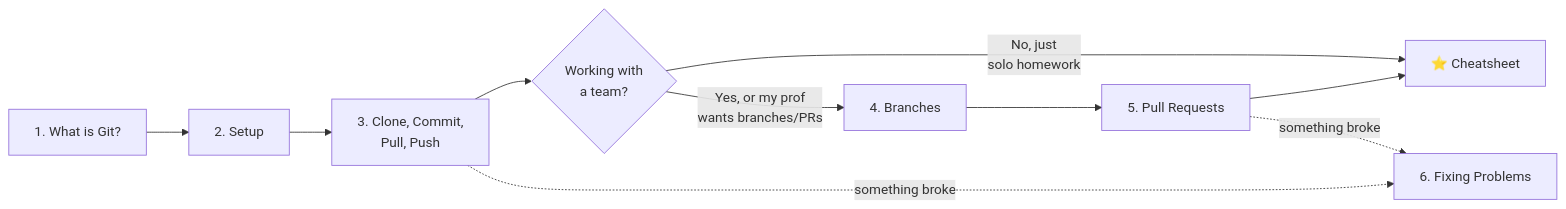
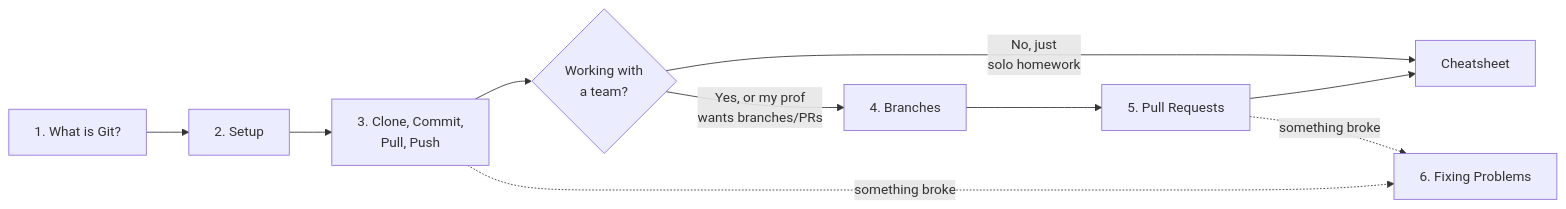
The diagram in info-vault/00-Table of Contents.md (anasp07-hue/Github-Guide), drawn with Mermaid before and after one commit. The commit also changed other lines of this file and 7 other files, not shown here.

````diff
--- a/info-vault/00-Table of Contents.md
+++ b/info-vault/00-Table of Contents.md
@@ -36,12 +36,12 @@
 ```mermaid
 flowchart LR
     A["1. What is Git?"] --> B["2. Setup"]
     B --> C["3. Clone, Commit,<br/>Pull, Push"]
     C --> D{"Working with<br/>a team?"}
-    D -- "No, just<br/>solo homework" --> F["⭐ Cheatsheet"]
+    D -- "No, just<br/>solo homework" --> F["Cheatsheet"]
     D -- "Yes, or my prof<br/>wants branches/PRs" --> E["4. Branches"]
     E --> G["5. Pull Requests"]
     G --> F
     C -. "something broke" .-> H["6. Fixing Problems"]
     G -. "something broke" .-> H
 ```
````
